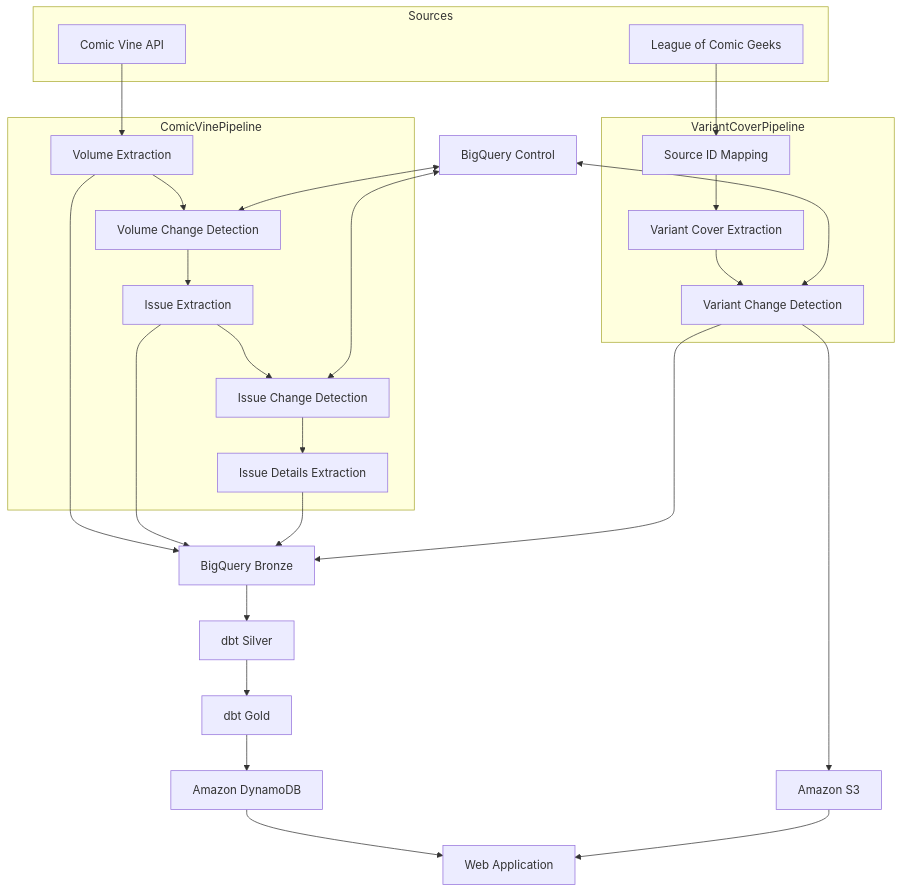
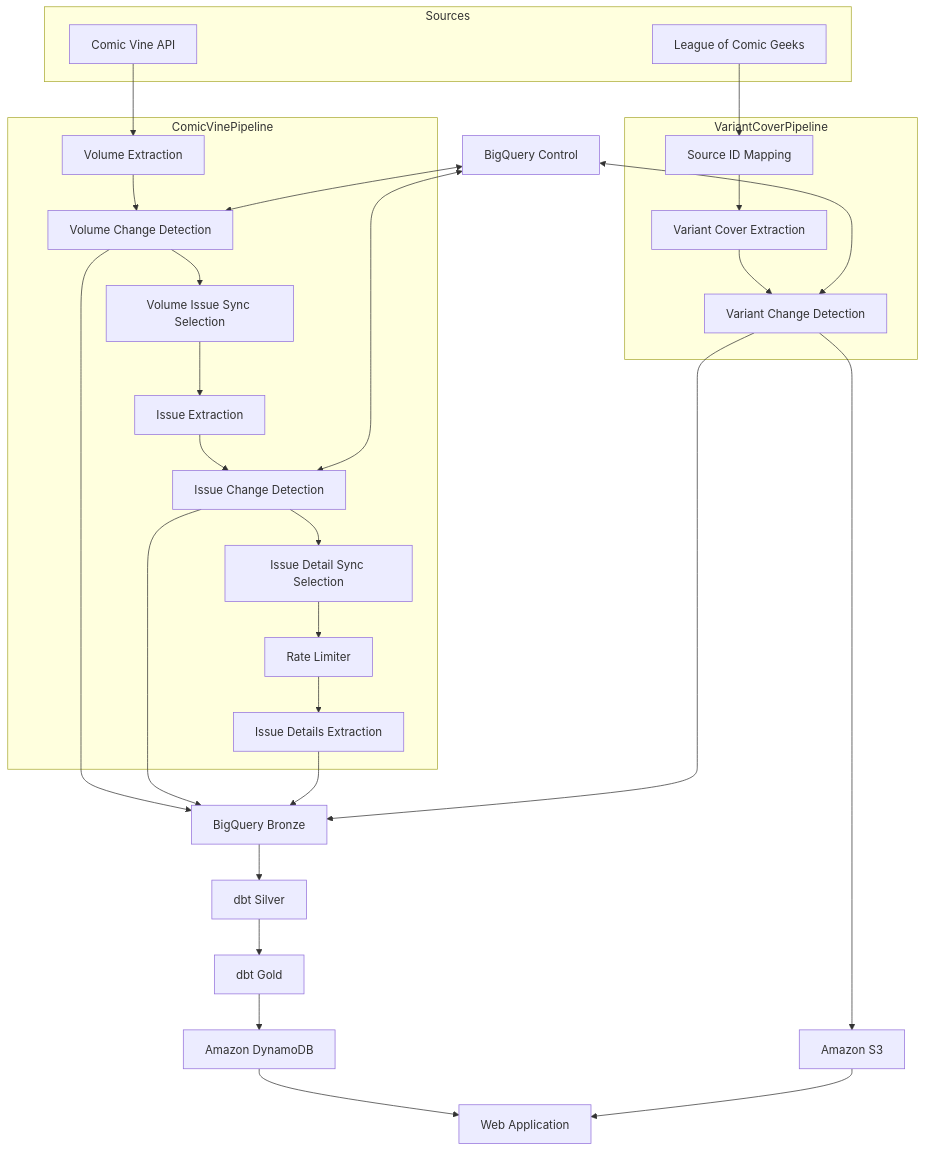
One commit to JaimeSolisS/dc-absolute-pipeline changed the second of 2 diagrams in README.md. Above: the diagram before and after it, drawn with Mermaid. The commit also changed other lines of this file, not shown here.

````diff
--- a/README.md
+++ b/README.md
@@ -56,46 +65,46 @@
 ```mermaid
 flowchart TD
     subgraph Sources
         CV[Comic Vine API]
         LOCG[League of Comic Geeks]
     end
 
     subgraph ComicVinePipeline
         V[Volume Extraction]
         VC[Volume Change Detection]
         I[Issue Extraction]
         IC[Issue Change Detection]
         ID[Issue Details Extraction]
 
-        V --> VC --> I --> IC --> ID
+        V --> VC --> VS[Volume Issue Sync Selection] --> I --> IC --> DS[Issue Detail Sync Selection] --> RL[Rate Limiter] --> ID
     end
 
     subgraph VariantCoverPipeline
         SM[Source ID Mapping]
         VE[Variant Cover Extraction]
         VD[Variant Change Detection]
 
         SM --> VE --> VD
     end
 
     CV --> V
     LOCG --> SM
 
-    V --> B
-    I --> B
+    VC --> B
+    IC --> B
     ID --> B
     VD --> B
 
     B[BigQuery Bronze] --> S[dbt Silver]
     S --> G[dbt Gold]
 
     C[BigQuery Control] <--> VC
     C <--> IC
     C <--> VD
 
     G --> D[Amazon DynamoDB]
     VD --> S3[Amazon S3]
 
     D --> W[Web Application]
     S3 --> W
 ```
````
